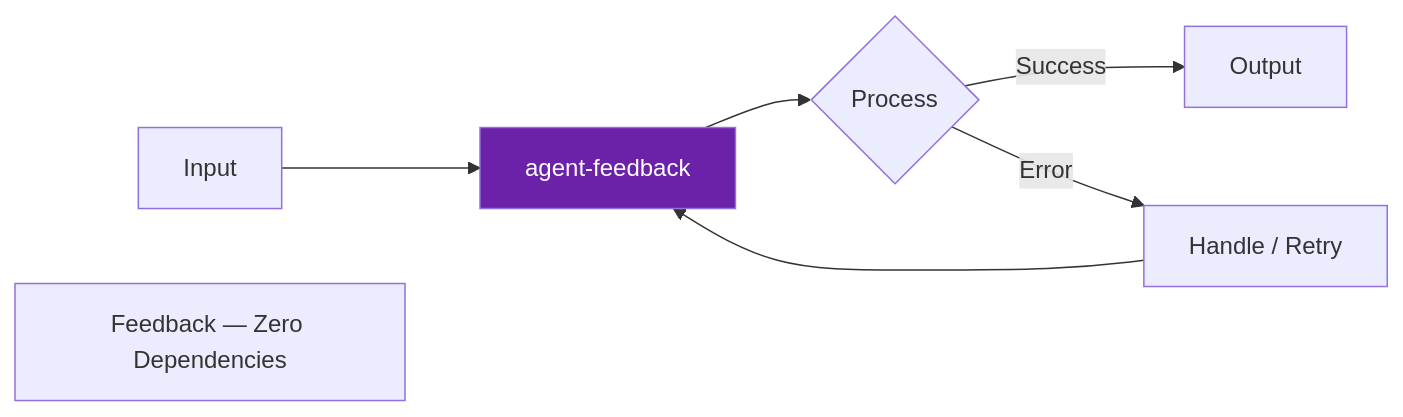
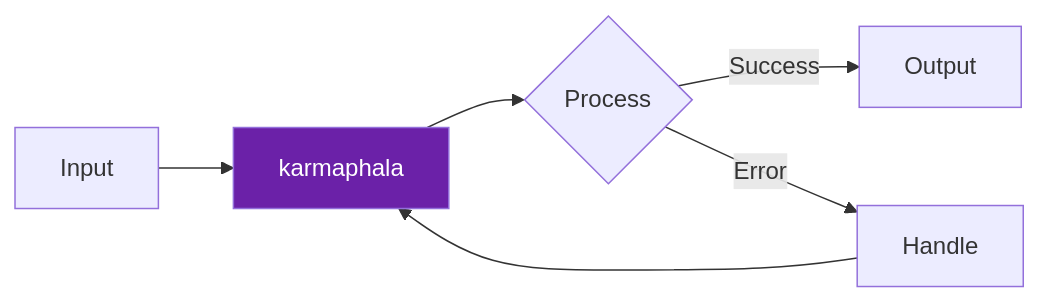
One commit to darshjme/karmaphala changed the diagram in README.md. Above: the diagram before and after it, drawn with Mermaid. The commit also changed other lines of this file and 1 other file, not shown here.

First line of the commit message:
feat(vedic-v3): rename to karmaphala (कर्मफल)

````diff
--- a/README.md
+++ b/README.md
@@ -48,10 +39,9 @@
 ```mermaid
 flowchart LR
-    A[Input] --> B[agent-feedback]
+    A[Input] --> B[karmaphala]
     B --> C{Process}
     C -- Success --> D[Output]
-    C -- Error --> E[Handle / Retry]
+    C -- Error --> E[Handle]
     E --> B
     style B fill:#6b21a8,color:#fff
-    note["Feedback — Zero Dependencies"]
 ```
````
